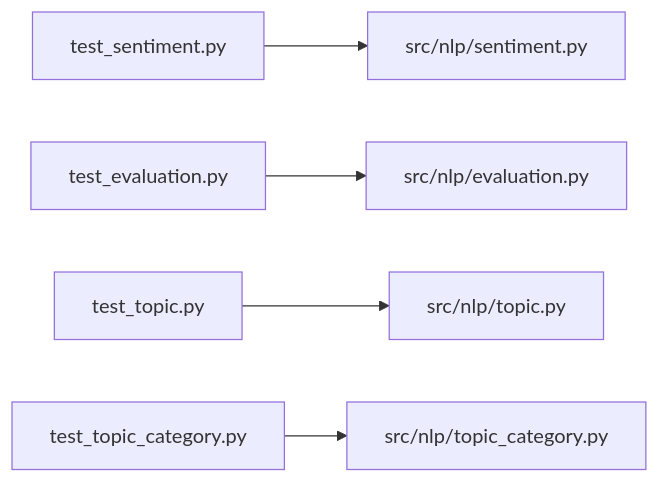
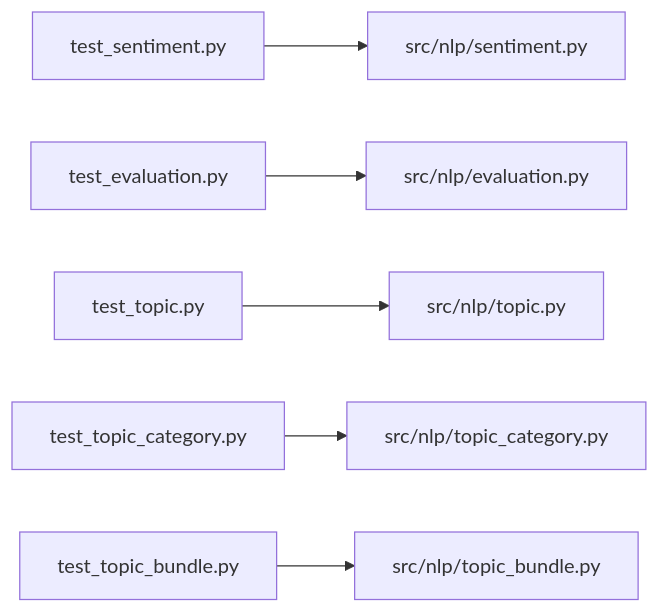
One commit to rindguitar/game-demand-forecast changed the second of 2 diagrams in tests/README.md. Above: the diagram before and after it, drawn with Mermaid. The commit also changed other lines of this file and 12 other files, not shown here.

````diff
--- a/tests/README.md
+++ b/tests/README.md
@@ -32,7 +32,8 @@
 ```mermaid
 flowchart LR
     T4["test_sentiment.py"] --> M3["src/nlp/sentiment.py"]
     T5["test_evaluation.py"] --> M4["src/nlp/evaluation.py"]
     T6["test_topic.py"] --> M5["src/nlp/topic.py"]
     T7["test_topic_category.py"] --> M6["src/nlp/topic_category.py"]
+    T8["test_topic_bundle.py"] --> M7["src/nlp/topic_bundle.py"]
 ```
````
